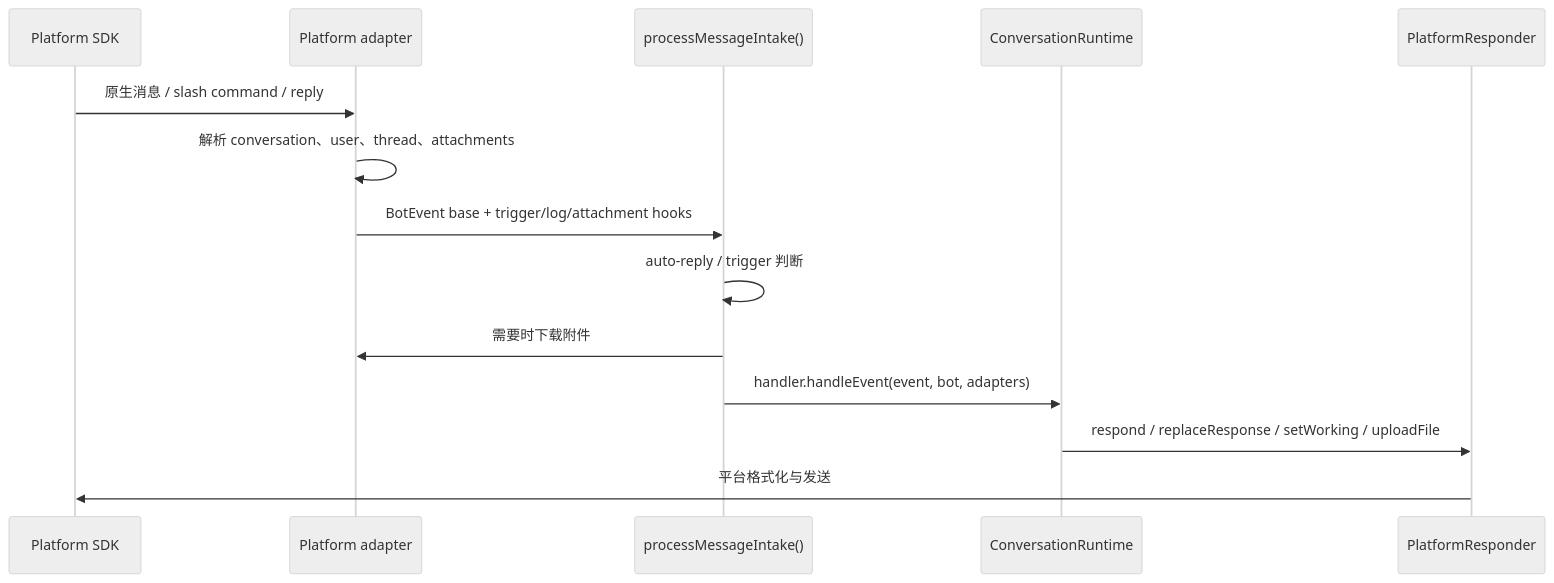
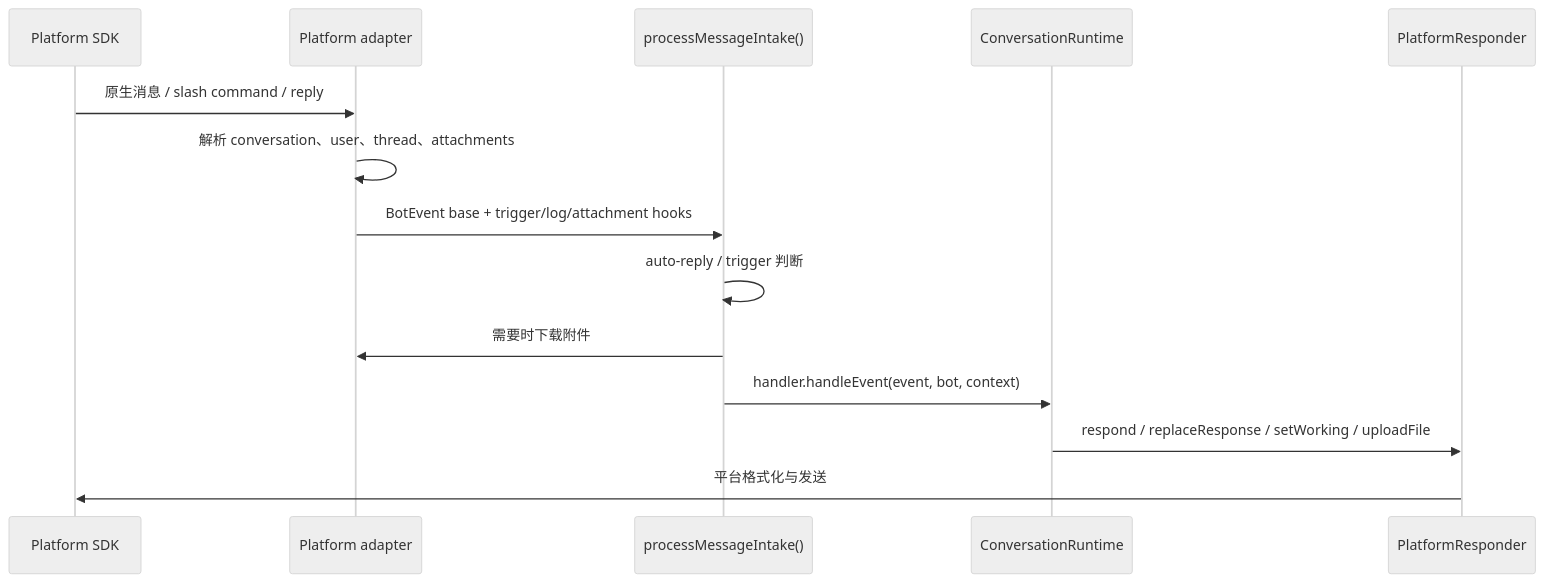
Before and after one commit to geminixiang/mikan: the diagram in src/content/docs/zh-cn/platform-adapters.mdx, drawn with Mermaid (neutral theme). The commit also changed other lines of this file and 34 other files, not shown here.

Commit message:
refactor(adapter): clarify platform event context

````diff
--- a/src/content/docs/zh-cn/platform-adapters.mdx
+++ b/src/content/docs/zh-cn/platform-adapters.mdx
@@ -40,17 +40,17 @@
 ```mermaid
 sequenceDiagram
   participant P as Platform SDK
   participant A as Platform adapter
   participant I as processMessageIntake()
   participant R as ConversationRuntime
   participant C as PlatformResponder
 
   P->>A: 原生消息 / slash command / reply
   A->>A: 解析 conversation、user、thread、attachments
   A->>I: BotEvent base + trigger/log/attachment hooks
   I->>I: auto-reply / trigger 判断
   I->>A: 需要时下载附件
-  I->>R: handler.handleEvent(event, bot, adapters)
+  I->>R: handler.handleEvent(event, bot, context)
   R->>C: respond / replaceResponse / setWorking / uploadFile
   C->>P: 平台格式化与发送
 ```
````
